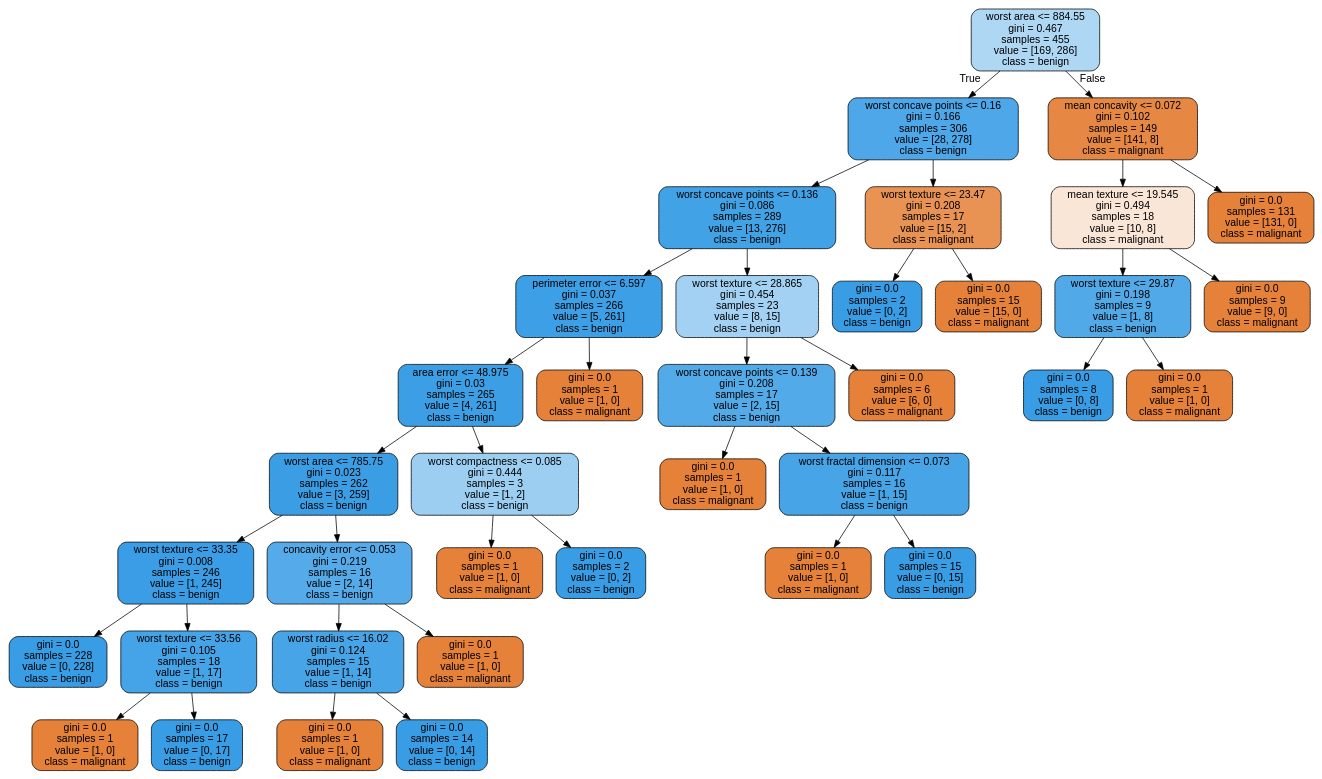
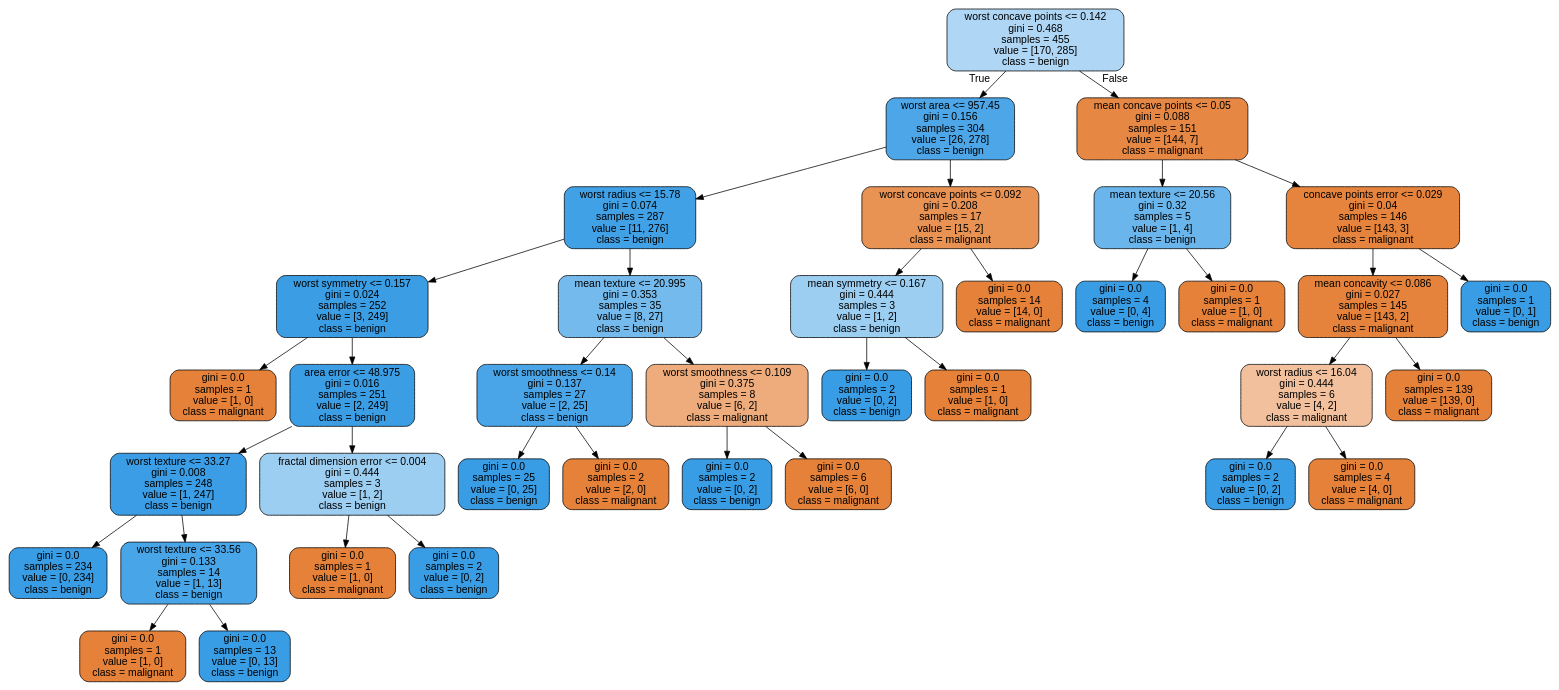
Before and after one commit to JoseDeJesusMendozaBecerril/Practica4_MineriaDeDatos: the diagram in images/decision_trees/cancer_tree_train.dot, drawn with Graphviz. The commit also changed 8 other files, not shown here.

```diff
--- a/images/decision_trees/cancer_tree_train.dot
+++ b/images/decision_trees/cancer_tree_train.dot
@@ -1,77 +1,77 @@
 digraph Tree {
 node [shape=box, style="filled, rounded", color="black", fontname=helvetica] ;
 edge [fontname=helvetica] ;
-0 [label="worst area <= 884.55\ngini = 0.467\nsamples = 455\nvalue = [169, 286]\nclass = benign", fillcolor="#aed7f4"] ;
-1 [label="worst concave points <= 0.16\ngini = 0.166\nsamples = 306\nvalue = [28, 278]\nclass = benign", fillcolor="#4da7e8"] ;
+0 [label="worst concave points <= 0.142\ngini = 0.468\nsamples = 455\nvalue = [170, 285]\nclass = benign", fillcolor="#afd7f5"] ;
+1 [label="worst area <= 957.45\ngini = 0.156\nsamples = 304\nvalue = [26, 278]\nclass = benign", fillcolor="#4ca6e7"] ;
 0 -> 1 [labeldistance=2.5, labelangle=45, headlabel="True"] ;
-2 [label="worst concave points <= 0.136\ngini = 0.086\nsamples = 289\nvalue = [13, 276]\nclass = benign", fillcolor="#42a2e6"] ;
+2 [label="worst radius <= 15.78\ngini = 0.074\nsamples = 287\nvalue = [11, 276]\nclass = benign", fillcolor="#41a1e6"] ;
 1 -> 2 ;
-3 [label="perimeter error <= 6.597\ngini = 0.037\nsamples = 266\nvalue = [5, 261]\nclass = benign", fillcolor="#3d9fe5"] ;
+3 [label="worst symmetry <= 0.157\ngini = 0.024\nsamples = 252\nvalue = [3, 249]\nclass = benign", fillcolor="#3b9ee5"] ;
 2 -> 3 ;
-4 [label="area error <= 48.975\ngini = 0.03\nsamples = 265\nvalue = [4, 261]\nclass = benign", fillcolor="#3c9fe5"] ;
+4 [label="gini = 0.0\nsamples = 1\nvalue = [1, 0]\nclass = malignant", fillcolor="#e58139"] ;
 3 -> 4 ;
-5 [label="worst area <= 785.75\ngini = 0.023\nsamples = 262\nvalue = [3, 259]\nclass = benign", fillcolor="#3b9ee5"] ;
-4 -> 5 ;
-6 [label="worst texture <= 33.35\ngini = 0.008\nsamples = 246\nvalue = [1, 245]\nclass = benign", fillcolor="#3a9de5"] ;
+5 [label="area error <= 48.975\ngini = 0.016\nsamples = 251\nvalue = [2, 249]\nclass = benign", fillcolor="#3b9ee5"] ;
+3 -> 5 ;
+6 [label="worst texture <= 33.27\ngini = 0.008\nsamples = 248\nvalue = [1, 247]\nclass = benign", fillcolor="#3a9de5"] ;
 5 -> 6 ;
-7 [label="gini = 0.0\nsamples = 228\nvalue = [0, 228]\nclass = benign", fillcolor="#399de5"] ;
+7 [label="gini = 0.0\nsamples = 234\nvalue = [0, 234]\nclass = benign", fillcolor="#399de5"] ;
 6 -> 7 ;
-8 [label="worst texture <= 33.56\ngini = 0.105\nsamples = 18\nvalue = [1, 17]\nclass = benign", fillcolor="#45a3e7"] ;
+8 [label="worst texture <= 33.56\ngini = 0.133\nsamples = 14\nvalue = [1, 13]\nclass = benign", fillcolor="#48a5e7"] ;
 6 -> 8 ;
 9 [label="gini = 0.0\nsamples = 1\nvalue = [1, 0]\nclass = malignant", fillcolor="#e58139"] ;
 8 -> 9 ;
-10 [label="gini = 0.0\nsamples = 17\nvalue = [0, 17]\nclass = benign", fillcolor="#399de5"] ;
+10 [label="gini = 0.0\nsamples = 13\nvalue = [0, 13]\nclass = benign", fillcolor="#399de5"] ;
 8 -> 10 ;
-11 [label="concavity error <= 0.053\ngini = 0.219\nsamples = 16\nvalue = [2, 14]\nclass = benign", fillcolor="#55abe9"] ;
+11 [label="fractal dimension error <= 0.004\ngini = 0.444\nsamples = 3\nvalue = [1, 2]\nclass = benign", fillcolor="#9ccef2"] ;
 5 -> 11 ;
-12 [label="worst radius <= 16.02\ngini = 0.124\nsamples = 15\nvalue = [1, 14]\nclass = benign", fillcolor="#47a4e7"] ;
+12 [label="gini = 0.0\nsamples = 1\nvalue = [1, 0]\nclass = malignant", fillcolor="#e58139"] ;
 11 -> 12 ;
-13 [label="gini = 0.0\nsamples = 1\nvalue = [1, 0]\nclass = malignant", fillcolor="#e58139"] ;
-12 -> 13 ;
-14 [label="gini = 0.0\nsamples = 14\nvalue = [0, 14]\nclass = benign", fillcolor="#399de5"] ;
-12 -> 14 ;
-15 [label="gini = 0.0\nsamples = 1\nvalue = [1, 0]\nclass = malignant", fillcolor="#e58139"] ;
-11 -> 15 ;
-16 [label="worst compactness <= 0.085\ngini = 0.444\nsamples = 3\nvalue = [1, 2]\nclass = benign", fillcolor="#9ccef2"] ;
-4 -> 16 ;
-17 [label="gini = 0.0\nsamples = 1\nvalue = [1, 0]\nclass = malignant", fillcolor="#e58139"] ;
-16 -> 17 ;
-18 [label="gini = 0.0\nsamples = 2\nvalue = [0, 2]\nclass = benign", fillcolor="#399de5"] ;
-16 -> 18 ;
-19 [label="gini = 0.0\nsamples = 1\nvalue = [1, 0]\nclass = malignant", fillcolor="#e58139"] ;
-3 -> 19 ;
-20 [label="worst texture <= 28.865\ngini = 0.454\nsamples = 23\nvalue = [8, 15]\nclass = benign", fillcolor="#a3d1f3"] ;
-2 -> 20 ;
-21 [label="worst concave points <= 0.139\ngini = 0.208\nsamples = 17\nvalue = [2, 15]\nclass = benign", fillcolor="#53aae8"] ;
-20 -> 21 ;
-22 [label="gini = 0.0\nsamples = 1\nvalue = [1, 0]\nclass = malignant", fillcolor="#e58139"] ;
+13 [label="gini = 0.0\nsamples = 2\nvalue = [0, 2]\nclass = benign", fillcolor="#399de5"] ;
+11 -> 13 ;
+14 [label="mean texture <= 20.995\ngini = 0.353\nsamples = 35\nvalue = [8, 27]\nclass = benign", fillcolor="#74baed"] ;
+2 -> 14 ;
+15 [label="worst smoothness <= 0.14\ngini = 0.137\nsamples = 27\nvalue = [2, 25]\nclass = benign", fillcolor="#49a5e7"] ;
+14 -> 15 ;
+16 [label="gini = 0.0\nsamples = 25\nvalue = [0, 25]\nclass = benign", fillcolor="#399de5"] ;
+15 -> 16 ;
+17 [label="gini = 0.0\nsamples = 2\nvalue = [2, 0]\nclass = malignant", fillcolor="#e58139"] ;
+15 -> 17 ;
+18 [label="worst smoothness <= 0.109\ngini = 0.375\nsamples = 8\nvalue = [6, 2]\nclass = malignant", fillcolor="#eeab7b"] ;
+14 -> 18 ;
+19 [label="gini = 0.0\nsamples = 2\nvalue = [0, 2]\nclass = benign", fillcolor="#399de5"] ;
+18 -> 19 ;
+20 [label="gini = 0.0\nsamples = 6\nvalue = [6, 0]\nclass = malignant", fillcolor="#e58139"] ;
+18 -> 20 ;
+21 [label="worst concave points <= 0.092\ngini = 0.208\nsamples = 17\nvalue = [15, 2]\nclass = malignant", fillcolor="#e89253"] ;
+1 -> 21 ;
+22 [label="mean symmetry <= 0.167\ngini = 0.444\nsamples = 3\nvalue = [1, 2]\nclass = benign", fillcolor="#9ccef2"] ;
 21 -> 22 ;
-23 [label="worst fractal dimension <= 0.073\ngini = 0.117\nsamples = 16\nvalue = [1, 15]\nclass = benign", fillcolor="#46a4e7"] ;
-21 -> 23 ;
+23 [label="gini = 0.0\nsamples = 2\nvalue = [0, 2]\nclass = benign", fillcolor="#399de5"] ;
+22 -> 23 ;
 24 [label="gini = 0.0\nsamples = 1\nvalue = [1, 0]\nclass = malignant", fillcolor="#e58139"] ;
-23 -> 24 ;
-25 [label="gini = 0.0\nsamples = 15\nvalue = [0, 15]\nclass = benign", fillcolor="#399de5"] ;
-23 -> 25 ;
-26 [label="gini = 0.0\nsamples = 6\nvalue = [6, 0]\nclass = malignant", fillcolor="#e58139"] ;
-20 -> 26 ;
-27 [label="worst texture <= 23.47\ngini = 0.208\nsamples = 17\nvalue = [15, 2]\nclass = malignant", fillcolor="#e89253"] ;
-1 -> 27 ;
-28 [label="gini = 0.0\nsamples = 2\nvalue = [0, 2]\nclass = benign", fillcolor="#399de5"] ;
+22 -> 24 ;
+25 [label="gini = 0.0\nsamples = 14\nvalue = [14, 0]\nclass = malignant", fillcolor="#e58139"] ;
+21 -> 25 ;
+26 [label="mean concave points <= 0.05\ngini = 0.088\nsamples = 151\nvalue = [144, 7]\nclass = malignant", fillcolor="#e68743"] ;
+0 -> 26 [labeldistance=2.5, labelangle=-45, headlabel="False"] ;
+27 [label="mean texture <= 20.56\ngini = 0.32\nsamples = 5\nvalue = [1, 4]\nclass = benign", fillcolor="#6ab6ec"] ;
+26 -> 27 ;
+28 [label="gini = 0.0\nsamples = 4\nvalue = [0, 4]\nclass = benign", fillcolor="#399de5"] ;
 27 -> 28 ;
-29 [label="gini = 0.0\nsamples = 15\nvalue = [15, 0]\nclass = malignant", fillcolor="#e58139"] ;
+29 [label="gini = 0.0\nsamples = 1\nvalue = [1, 0]\nclass = malignant", fillcolor="#e58139"] ;
 27 -> 29 ;
-30 [label="mean concavity <= 0.072\ngini = 0.102\nsamples = 149\nvalue = [141, 8]\nclass = malignant", fillcolor="#e68844"] ;
-0 -> 30 [labeldistance=2.5, labelangle=-45, headlabel="False"] ;
-31 [label="mean texture <= 19.545\ngini = 0.494\nsamples = 18\nvalue = [10, 8]\nclass = malignant", fillcolor="#fae6d7"] ;
+30 [label="concave points error <= 0.029\ngini = 0.04\nsamples = 146\nvalue = [143, 3]\nclass = malignant", fillcolor="#e6843d"] ;
+26 -> 30 ;
+31 [label="mean concavity <= 0.086\ngini = 0.027\nsamples = 145\nvalue = [143, 2]\nclass = malignant", fillcolor="#e5833c"] ;
 30 -> 31 ;
-32 [label="worst texture <= 29.87\ngini = 0.198\nsamples = 9\nvalue = [1, 8]\nclass = benign", fillcolor="#52a9e8"] ;
+32 [label="worst radius <= 16.04\ngini = 0.444\nsamples = 6\nvalue = [4, 2]\nclass = malignant", fillcolor="#f2c09c"] ;
 31 -> 32 ;
-33 [label="gini = 0.0\nsamples = 8\nvalue = [0, 8]\nclass = benign", fillcolor="#399de5"] ;
+33 [label="gini = 0.0\nsamples = 2\nvalue = [0, 2]\nclass = benign", fillcolor="#399de5"] ;
 32 -> 33 ;
-34 [label="gini = 0.0\nsamples = 1\nvalue = [1, 0]\nclass = malignant", fillcolor="#e58139"] ;
+34 [label="gini = 0.0\nsamples = 4\nvalue = [4, 0]\nclass = malignant", fillcolor="#e58139"] ;
 32 -> 34 ;
-35 [label="gini = 0.0\nsamples = 9\nvalue = [9, 0]\nclass = malignant", fillcolor="#e58139"] ;
+35 [label="gini = 0.0\nsamples = 139\nvalue = [139, 0]\nclass = malignant", fillcolor="#e58139"] ;
 31 -> 35 ;
-36 [label="gini = 0.0\nsamples = 131\nvalue = [131, 0]\nclass = malignant", fillcolor="#e58139"] ;
+36 [label="gini = 0.0\nsamples = 1\nvalue = [0, 1]\nclass = benign", fillcolor="#399de5"] ;
 30 -> 36 ;
 }
```
